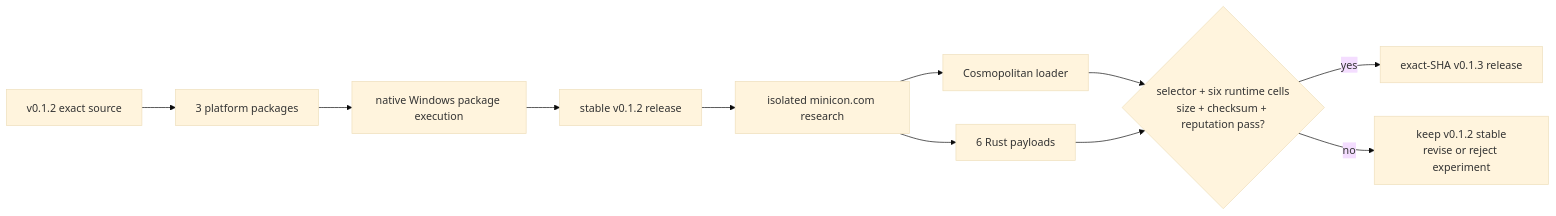
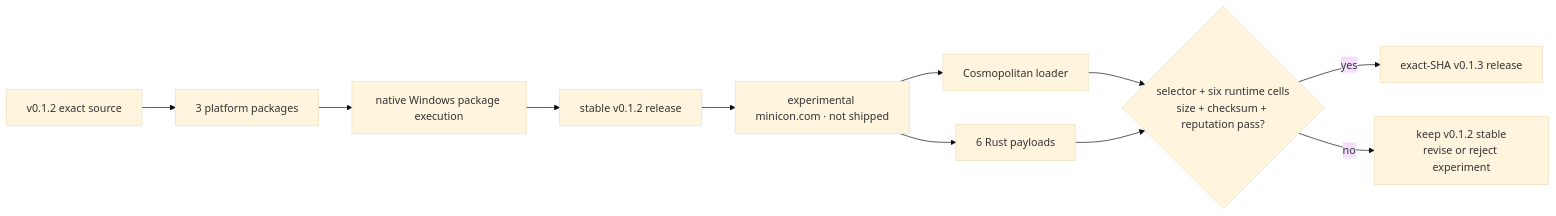
One commit to partnernetsoftware/minicon changed the first of 3 diagrams in prd/PRD_02_27_con_delivery.md. Above: the diagram before and after it, drawn with Mermaid (base theme). The commit also changed other lines of this file and 15 other files, not shown here.

First line of the commit message:
research: harden minicon.com reaper and pin toolchain restore

````diff
--- a/prd/PRD_02_27_con_delivery.md
+++ b/prd/PRD_02_27_con_delivery.md
@@ -34,12 +32,12 @@
 ```mermaid
 flowchart LR
     S12["v0.1.2 exact source"] --> B12["3 platform packages"]
     B12 --> W12["native Windows package execution"]
     W12 --> R12["stable v0.1.2 release"]
-    R12 --> X13["isolated minicon.com research"]
+    R12 --> X13["experimental minicon.com · not shipped"]
     X13 --> L13["Cosmopolitan loader"]
     X13 --> P13["6 Rust payloads"]
     L13 & P13 --> G13{"selector + six runtime cells<br/>size + checksum + reputation pass?"}
     G13 -->|yes| R13["exact-SHA v0.1.3 release"]
     G13 -->|no| K12["keep v0.1.2 stable<br/>revise or reject experiment"]
 ```
````
